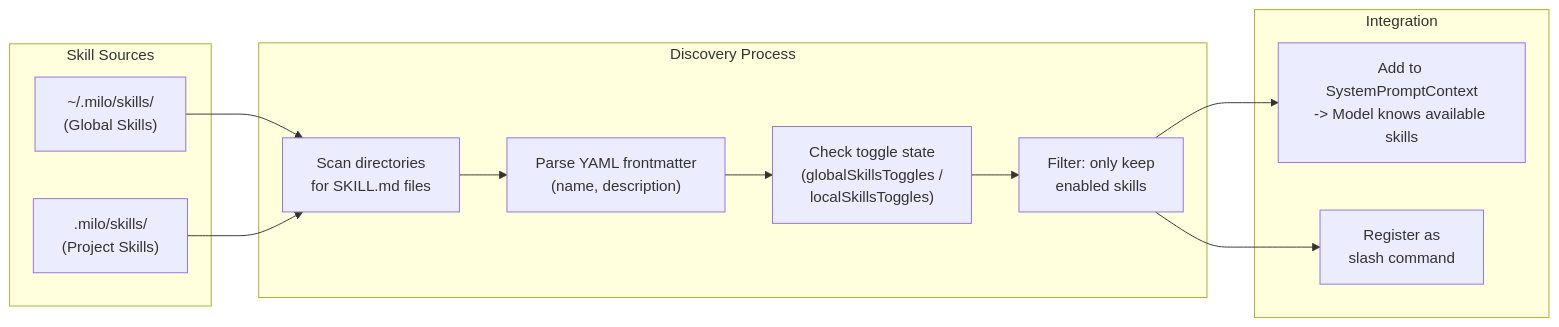
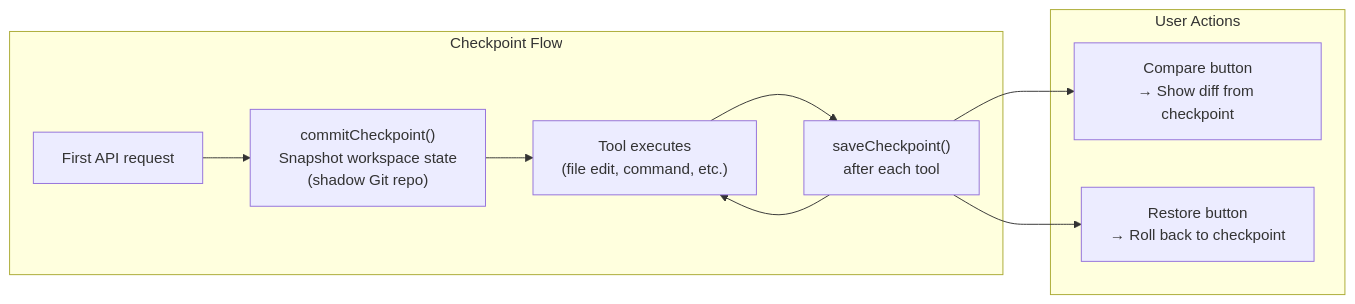
One commit to TungND2k2/Milo-ai changed diagram 11 of 15 in README.md. Above: the diagram before and after it, drawn with Mermaid. The commit also changed other lines of this file, not shown here.

````diff
--- a/README.md
+++ b/README.md
@@ -190,27 +395,17 @@
 ```mermaid
 flowchart LR
-    subgraph "Skill Sources"
-        G["~/.milo/skills/<br/>(Global Skills)"]
-        P[".milo/skills/<br/>(Project Skills)"]
+    subgraph "Checkpoint Flow"
+        FIRST["First API request"] --> CREATE["commitCheckpoint()<br/>Snapshot workspace state<br/>(shadow Git repo)"]
+        CREATE --> TOOL["Tool executes<br/>(file edit, command, etc.)"]
+        TOOL --> SAVE["saveCheckpoint()<br/>after each tool"]
+        SAVE --> TOOL
     end
 
-    subgraph "Discovery Process"
-        SCAN["Scan directories<br/>for SKILL.md files"]
-        PARSE["Parse YAML frontmatter<br/>(name, description)"]
-        TOGGLE["Check toggle state<br/>(globalSkillsToggles /<br/>localSkillsToggles)"]
-        FILTER["Filter: only keep<br/>enabled skills"]
+    subgraph "User Actions"
+        COMPARE["Compare button<br/>→ Show diff from checkpoint"]
+        RESTORE["Restore button<br/>→ Roll back to checkpoint"]
     end
 
-    subgraph "Integration"
-        SYS["Add to SystemPromptContext<br/>-> Model knows available skills"]
-        SLASH_CMD["Register as<br/>slash command"]
-    end
-
-    G --> SCAN
-    P --> SCAN
-    SCAN --> PARSE
-    PARSE --> TOGGLE
-    TOGGLE --> FILTER
-    FILTER --> SYS
-    FILTER --> SLASH_CMD
+    SAVE --> COMPARE
+    SAVE --> RESTORE
 ```
````
